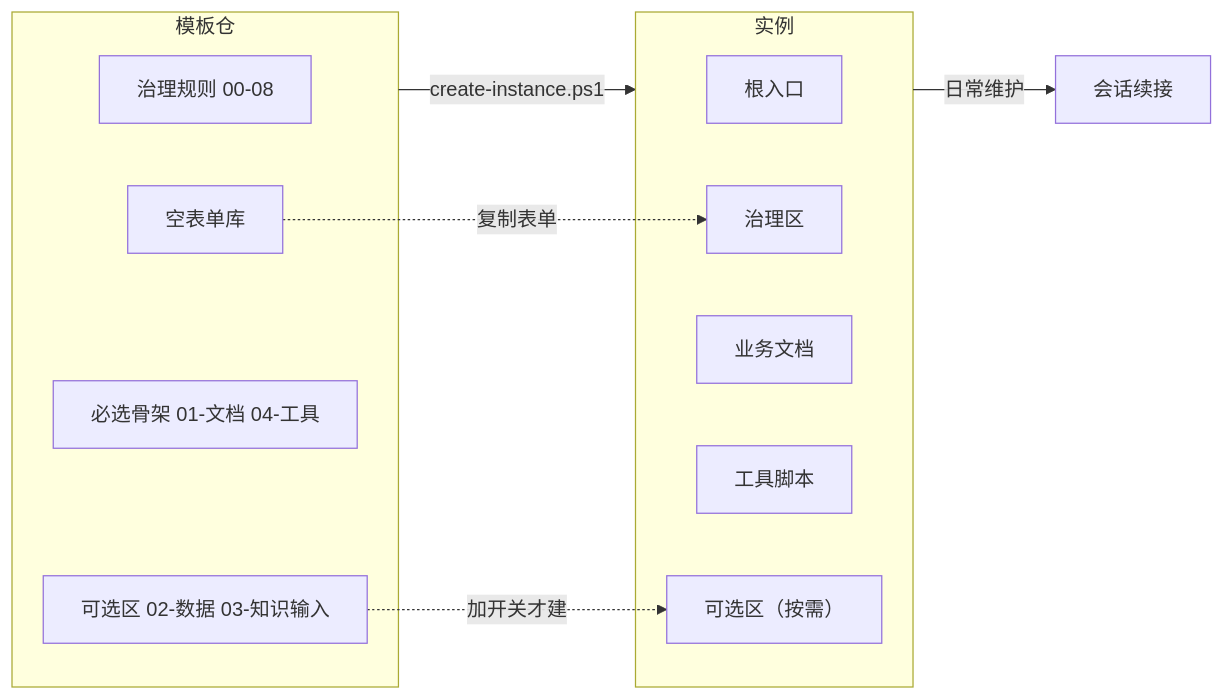
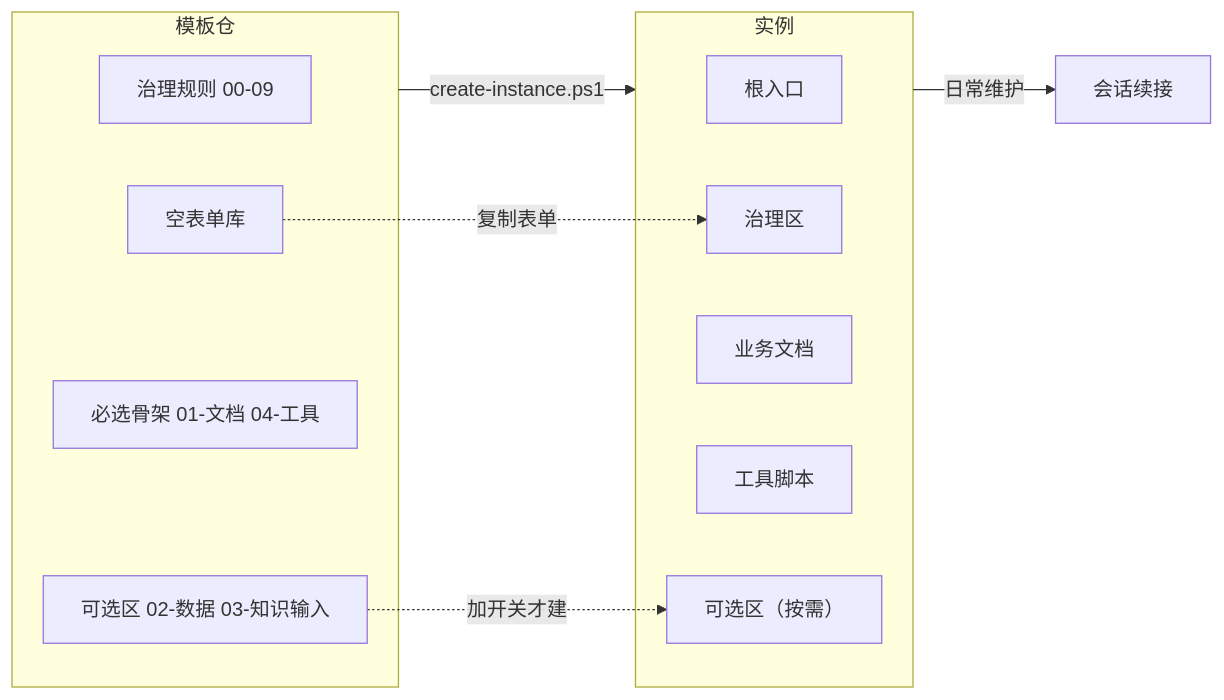
One commit to emily8421/workspace-template changed the diagram in 模板说明.md. Above: the diagram before and after it, drawn with Mermaid. The commit also changed other lines of this file and 41 other files, not shown here.

````diff
--- a/模板说明.md
+++ b/模板说明.md
@@ -9,24 +9,24 @@
 ```mermaid
 flowchart LR
     subgraph TPL["模板仓"]
-        T1["治理规则 00-08"]
+        T1["治理规则 00-09"]
         T2["空表单库"]
         T3["必选骨架 01-文档 04-工具"]
         T4["可选区 02-数据 03-知识输入"]
     end
 
     TPL -->|"create-instance.ps1"| INST["新实例"]
 
     subgraph INST["实例"]
         I1["根入口"]
         I2["治理区"]
         I3["业务文档"]
         I4["工具脚本"]
         I5["可选区（按需）"]
     end
 
     T2 -.->|"复制表单"| I2
     T4 -.->|"加开关才建"| I5
 
     INST -->|"日常维护"| H["会话续接"]
 ```
````
